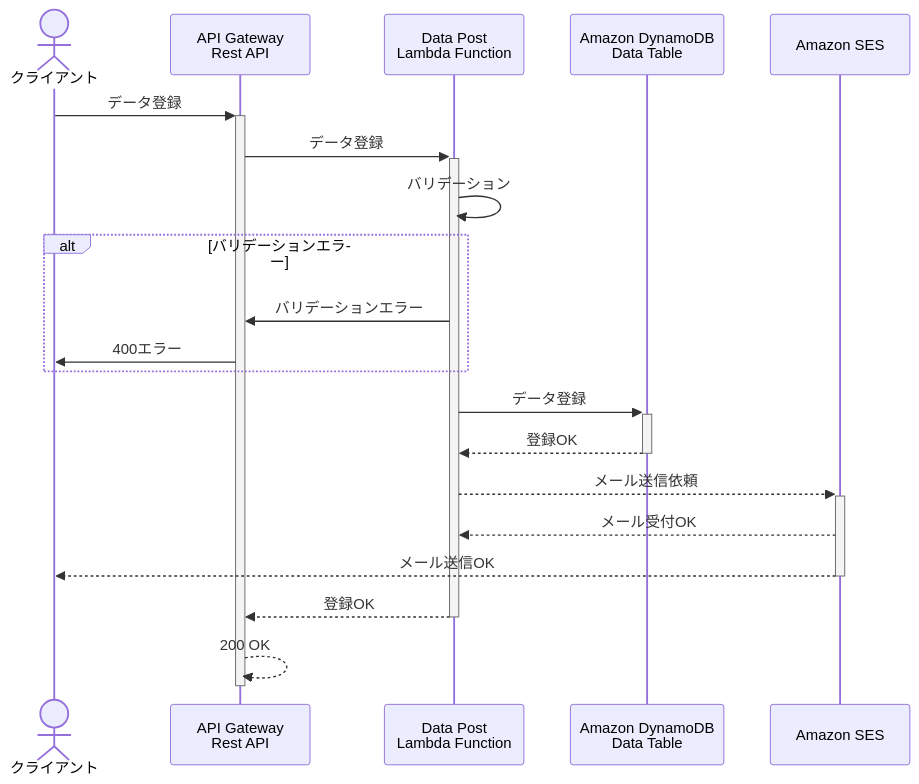
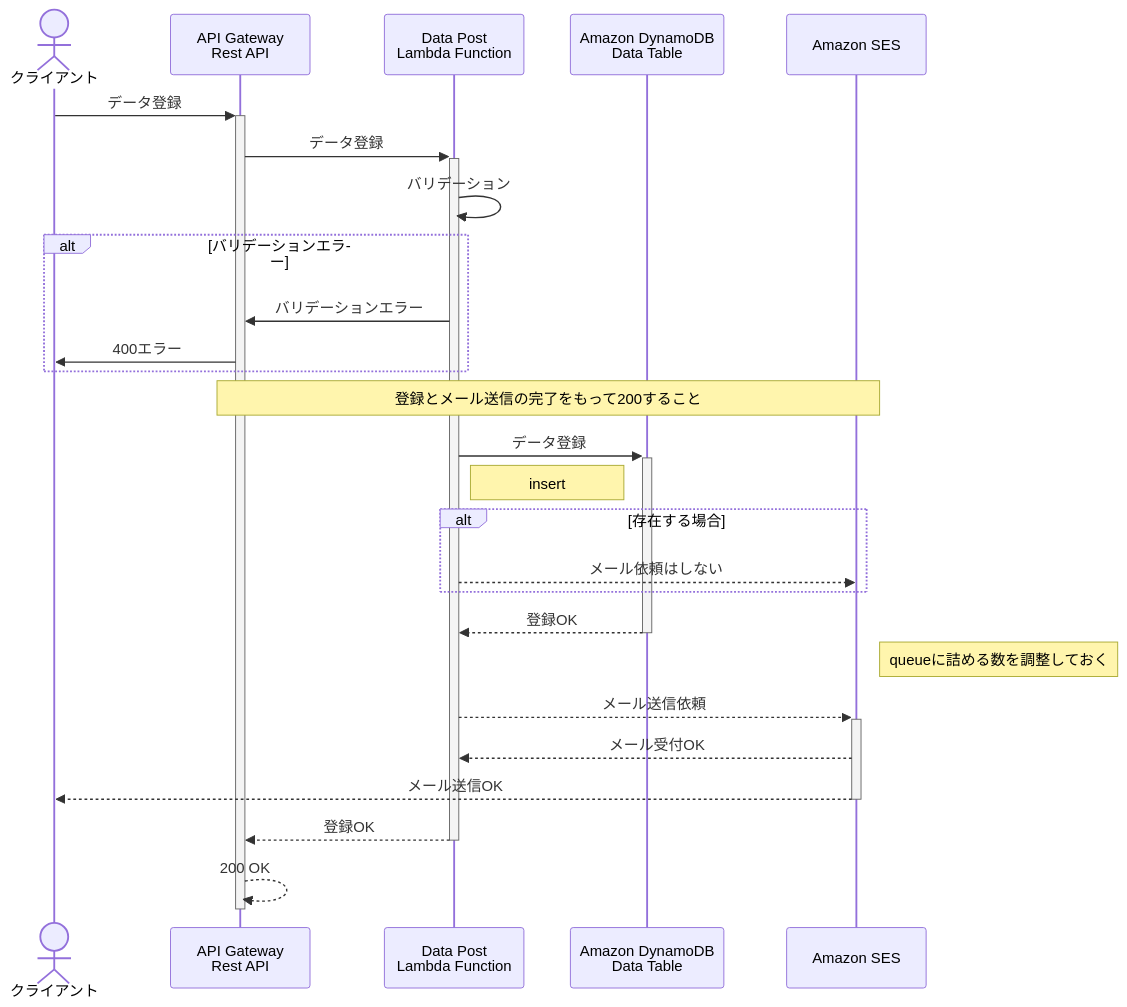
The diagram in sample.md (kohey/mermaid-sample), drawn with Mermaid before and after one commit.

Commit message:
Add: note xxx of yyy

````diff
--- a/sample.md
+++ b/sample.md
@@ -1,23 +1,30 @@
 ```mermaid
 sequenceDiagram
   actor クライアント
   participant API as API Gateway<br/>Rest API
   participant Lambda as Data Post<br/>Lambda Function
   participant DataTable as Amazon DynamoDB<br/>Data Table
   participant SES as Amazon SES
 
+  %% -->>, ->>, +, - を区別すること
   クライアント ->>+ API: データ登録
   API ->>+ Lambda: データ登録
   Lambda ->> Lambda: バリデーション
   alt バリデーションエラー
     Lambda ->> API: バリデーションエラー
     API ->> クライアント: 400エラー
   end
+  note over API, SES: 登録とメール送信の完了をもって200すること
   Lambda ->>+ DataTable: データ登録
+  note left of DataTable: insert
+  alt 存在する場合
+    Lambda -->> SES: メール依頼はしない
+  end
   DataTable -->>- Lambda: 登録OK
+  note right of SES: queueに詰める数を調整しておく
   Lambda -->>+ SES: メール送信依頼
   SES -->> Lambda: メール受付OK
   SES -->>- クライアント: メール送信OK
   Lambda -->>-  API: 登録OK
   API -->>- API: 200 OK
 ```
````
